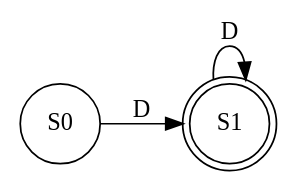
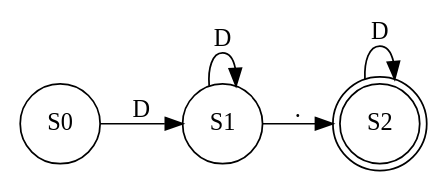
The diagram in AnalizadorLexico/src/main/java/com/proyecto/analizadorlexico/Resource/Graficos/decimal.dot (MarvinArch/LenguajesFormales), drawn with Graphviz before and after one commit. The commit also changed 39 other files, not shown here.

```diff
--- a/AnalizadorLexico/src/main/java/com/proyecto/analizadorlexico/Resource/Graficos/decimal.dot
+++ b/AnalizadorLexico/src/main/java/com/proyecto/analizadorlexico/Resource/Graficos/decimal.dot
@@ -1,11 +1,13 @@
 digraph finite_state_machine {
 	rankdir=LR;
 	size="8,5"
 
-	node [shape = doublecircle]; S1 ;
+	node [shape = doublecircle]; S2 ;
 	node [shape = circle];
 
 	S0 -> S1 [ label = "D" ];
 	
 	S1 -> S1 [label= "D"];
+	S1 -> S2 [label= "."]
+	S2 -> S2 [label= "D"];
 }
```
